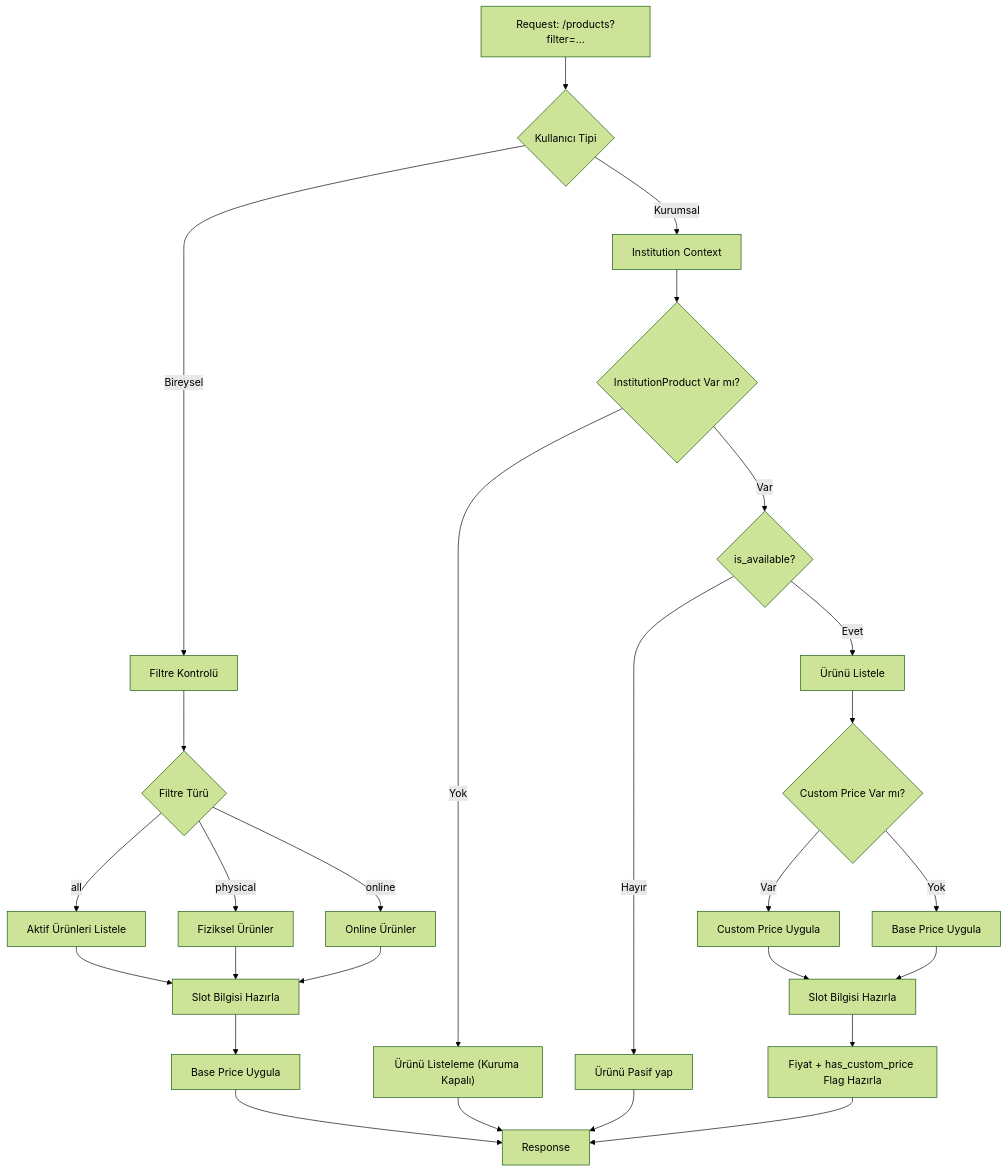
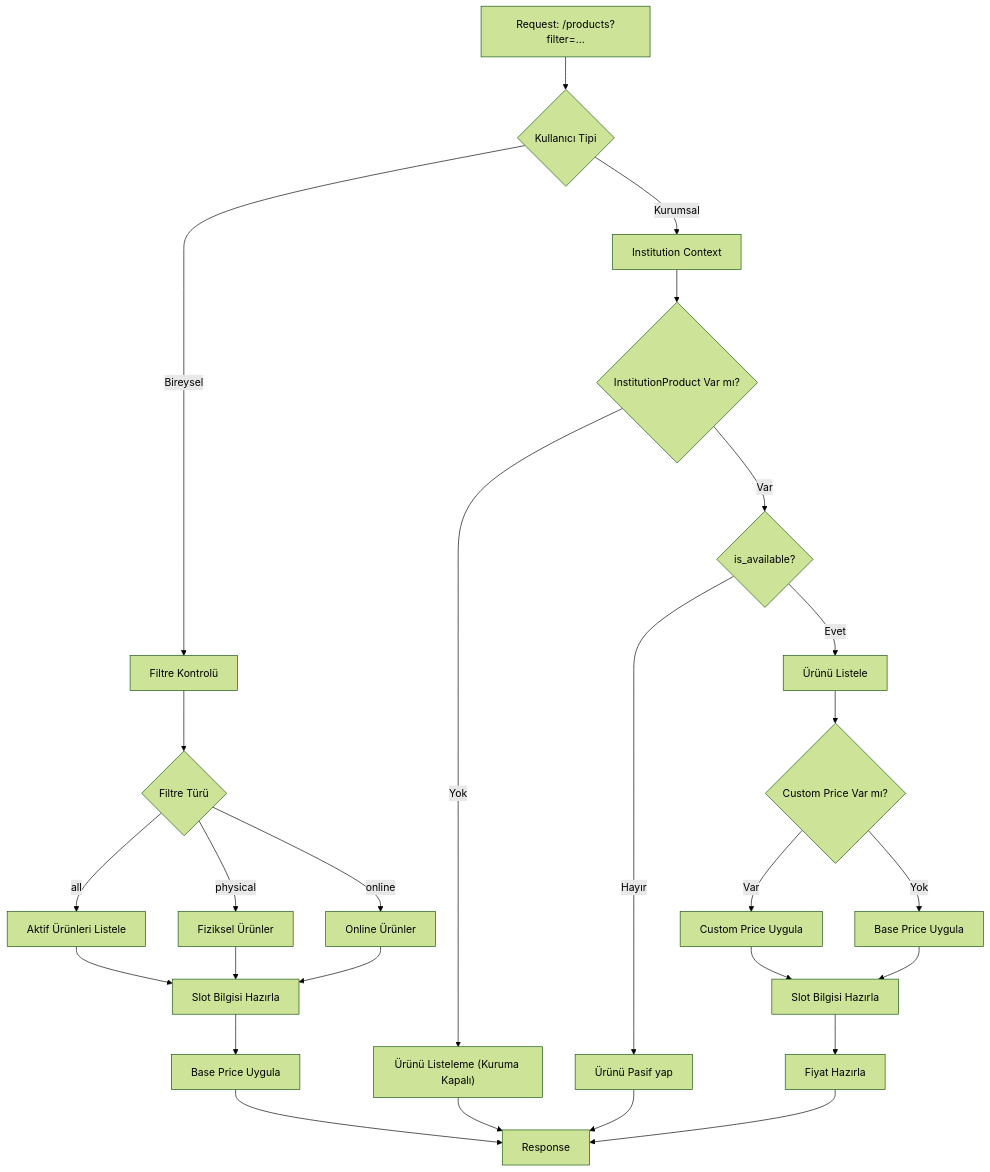
Before and after one commit to omersel1m/Mermaid: the diagram in Sprint2.md, drawn with Mermaid (forest theme).

Commit message:
Update price preparation step in Sprint2.md

````diff
--- a/Sprint2.md
+++ b/Sprint2.md
@@ -1,30 +1,30 @@
 ```mermaid
  flowchart TB
     A["Request: /products?filter=..."] --> B{"Kullanıcı Tipi"}
     B -- Bireysel --> C["Filtre Kontrolü"]
     C --> D{"Filtre Türü"}
     D -- all --> E["Aktif Ürünleri Listele"]
     D -- physical --> F["Fiziksel Ürünler"]
     D -- online --> G["Online Ürünler"]
     E --> H["Slot Bilgisi Hazırla"]
     F --> H
     G --> H
     H --> I["Base Price Uygula"]
     I --> Z["Response"]
     B -- Kurumsal --> K["Institution Context"]
     K --> L{"InstitutionProduct Var mı?"}
     L -- Yok --> X["Ürünü Listeleme (Kuruma Kapalı)"]
     X --> Z
     L -- Var --> O{"is_available?"}
     O -- Hayır --> P["Ürünü Pasif yap"]
     P --> Z
     O -- Evet --> Q["Ürünü Listele"]
     Q --> R{"Custom Price Var mı?"}
     R -- Var --> M["Custom Price Uygula"]
     R -- Yok --> N["Base Price Uygula"]
     M --> S["Slot Bilgisi Hazırla"]
     N --> S
-    S --> T["Fiyat + has_custom_price Flag Hazırla"]
+    S --> T["Fiyat Hazırla"]
     T --> Z
 
 ```
````
